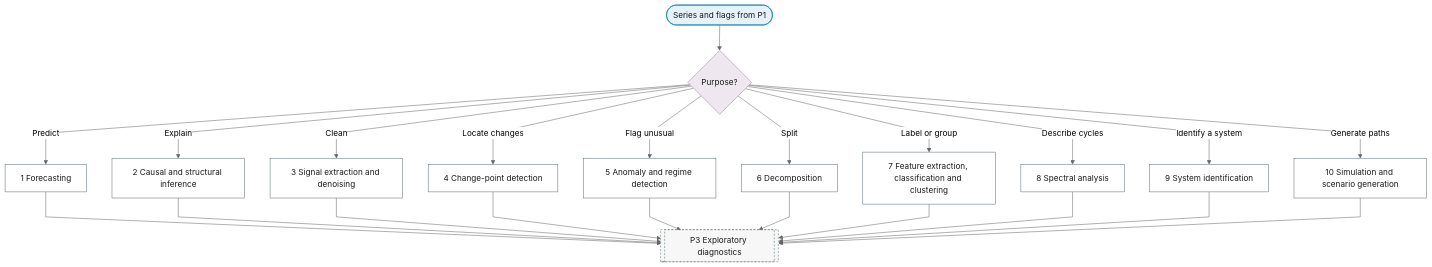
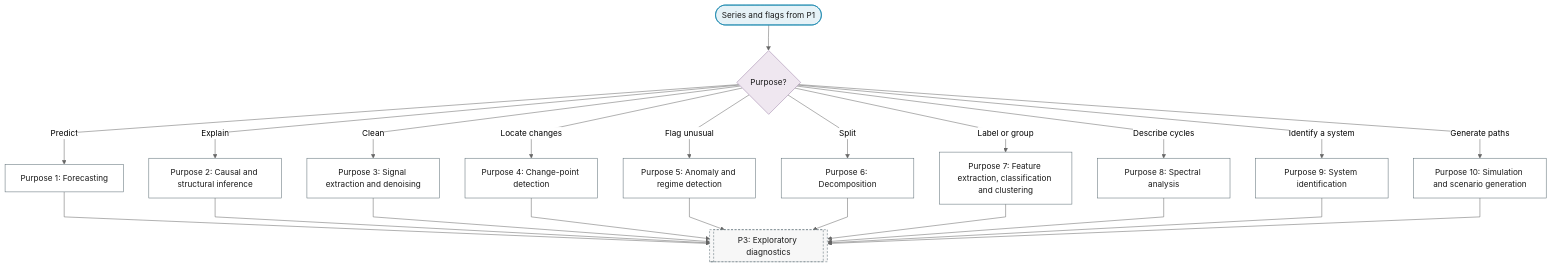
One commit to Shuxin-Y/time-series-analysis-manual changed the diagram in docs/01-workflow/p02-purpose/index.md. Above: the diagram before and after it, drawn with Mermaid (neutral theme). The commit also changed 17 other files, not shown here.

````diff
--- a/docs/01-workflow/p02-purpose/index.md
+++ b/docs/01-workflow/p02-purpose/index.md
@@ -9,29 +9,29 @@
 ```mermaid
 %%{init: {"flowchart": {"curve": "linear"}}}%%
 graph TD
     P2_IN(["Series and flags from P1"]) --> P2_PURPOSE{"Purpose?"}
-    P2_PURPOSE -->|"Predict"| P2_FORECASTING["1 Forecasting"]
-    P2_PURPOSE -->|"Explain"| P2_CAUSAL["2 Causal and structural inference"]
-    P2_PURPOSE -->|"Clean"| P2_SIGNAL["3 Signal extraction and denoising"]
-    P2_PURPOSE -->|"Locate changes"| P2_CHANGE_POINT["4 Change-point detection"]
-    P2_PURPOSE -->|"Flag unusual"| P2_ANOMALY["5 Anomaly and regime detection"]
-    P2_PURPOSE -->|"Split"| P2_DECOMPOSITION["6 Decomposition"]
-    P2_PURPOSE -->|"Label or group"| P2_FEATURES["7 Feature extraction, classification and clustering"]
-    P2_PURPOSE -->|"Describe cycles"| P2_SPECTRAL["8 Spectral analysis"]
-    P2_PURPOSE -->|"Identify a system"| P2_SYSTEM_ID["9 System identification"]
-    P2_PURPOSE -->|"Generate paths"| P2_SIMULATION["10 Simulation and scenario generation"]
-    P2_FORECASTING & P2_CAUSAL & P2_SIGNAL & P2_CHANGE_POINT & P2_ANOMALY --> P3[["P3 Exploratory diagnostics"]]
+    P2_PURPOSE -->|"Predict"| P2_FORECASTING["Purpose 1: Forecasting"]
+    P2_PURPOSE -->|"Explain"| P2_CAUSAL["Purpose 2: Causal and structural inference"]
+    P2_PURPOSE -->|"Clean"| P2_SIGNAL["Purpose 3: Signal extraction and denoising"]
+    P2_PURPOSE -->|"Locate changes"| P2_CHANGE_POINT["Purpose 4: Change-point detection"]
+    P2_PURPOSE -->|"Flag unusual"| P2_ANOMALY["Purpose 5: Anomaly and regime detection"]
+    P2_PURPOSE -->|"Split"| P2_DECOMPOSITION["Purpose 6: Decomposition"]
+    P2_PURPOSE -->|"Label or group"| P2_FEATURES["Purpose 7: Feature extraction, classification and clustering"]
+    P2_PURPOSE -->|"Describe cycles"| P2_SPECTRAL["Purpose 8: Spectral analysis"]
+    P2_PURPOSE -->|"Identify a system"| P2_SYSTEM_ID["Purpose 9: System identification"]
+    P2_PURPOSE -->|"Generate paths"| P2_SIMULATION["Purpose 10: Simulation and scenario generation"]
+    P2_FORECASTING & P2_CAUSAL & P2_SIGNAL & P2_CHANGE_POINT & P2_ANOMALY --> P3[["P3: Exploratory diagnostics"]]
     P2_DECOMPOSITION & P2_FEATURES & P2_SPECTRAL & P2_SYSTEM_ID & P2_SIMULATION --> P3
     class P2_IN terminator
     class P2_PURPOSE decision
     class P2_FORECASTING,P2_CAUSAL,P2_SIGNAL,P2_CHANGE_POINT,P2_ANOMALY,P2_DECOMPOSITION,P2_FEATURES,P2_SPECTRAL,P2_SYSTEM_ID,P2_SIMULATION process
     class P3 ref
     classDef terminator fill:#E6F2F7,stroke:#007BA7,color:#1A1A1A;
     classDef process fill:#FFFFFF,stroke:#5A6B73,color:#1A1A1A;
     classDef decision fill:#EFE7F0,stroke:#9B7FA7,color:#1A1A1A;
     classDef data fill:#FFF4E0,stroke:#C9A55E,color:#1A1A1A;
     classDef good fill:#DCEFD8,stroke:#4A7A3F,color:#1A1A1A;
     classDef escalate fill:#FFE9C2,stroke:#C9A55E,color:#1A1A1A;
     classDef problem fill:#F2D9DE,stroke:#800020,color:#1A1A1A;
     classDef ref fill:#F7F7F7,stroke:#5A6B73,color:#1A1A1A,stroke-dasharray:4 3;
 ```
````
